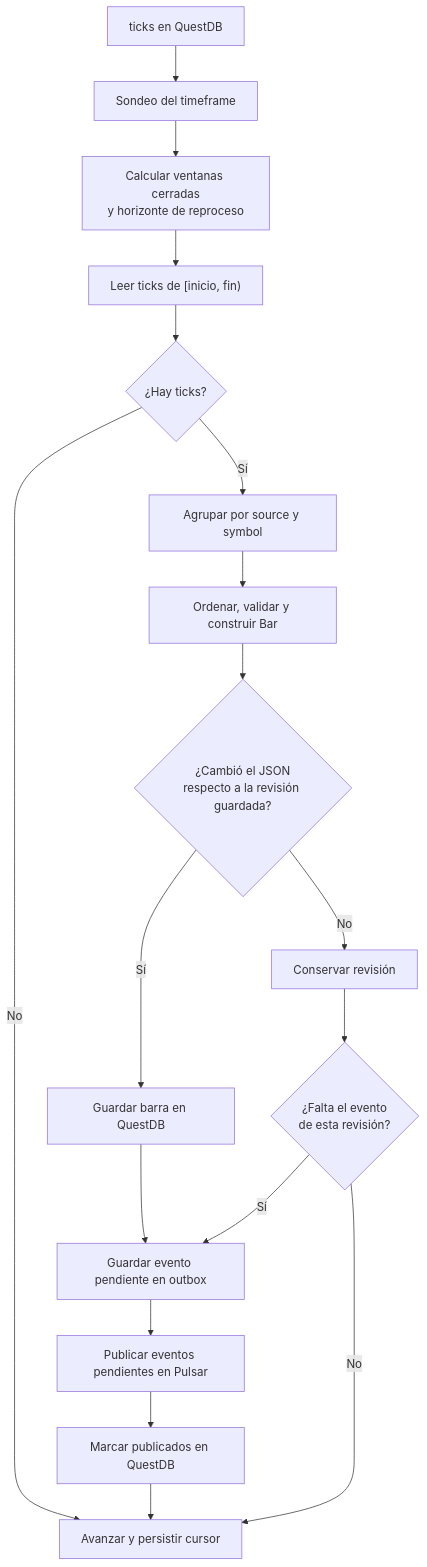
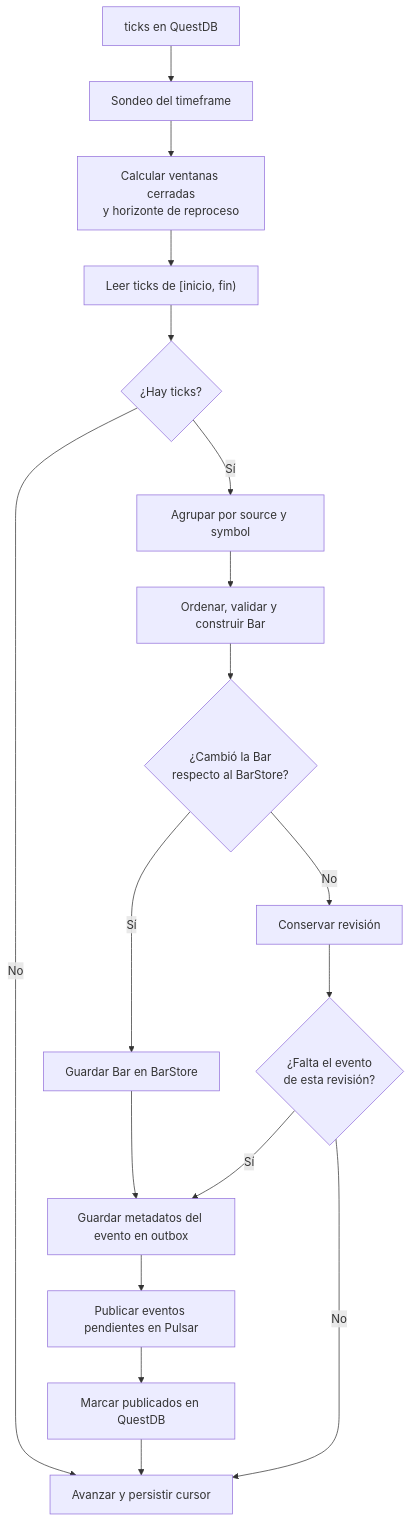
Before and after one commit to ossxall/microstructure: the diagram in bin/aggregator/logic.md, drawn with Mermaid. The commit also changed other lines of this file and 12 other files, not shown here.

````diff
--- a/bin/aggregator/logic.md
+++ b/bin/aggregator/logic.md
@@ -44,20 +43,20 @@
 ```mermaid
 flowchart TD
     A["ticks en QuestDB"] --> B["Sondeo del timeframe"]
     B --> C["Calcular ventanas cerradas<br/>y horizonte de reproceso"]
     C --> D["Leer ticks de [inicio, fin)"]
     D --> E{"¿Hay ticks?"}
     E -- No --> K["Avanzar y persistir cursor"]
     E -- Sí --> F["Agrupar por source y symbol"]
     F --> G["Ordenar, validar y construir Bar"]
-    G --> H{"¿Cambió el JSON<br/>respecto a la revisión guardada?"}
-    H -- Sí --> I["Guardar barra en QuestDB"]
+    G --> H{"¿Cambió la Bar<br/>respecto al BarStore?"}
+    H -- Sí --> I["Guardar Bar en BarStore"]
     H -- No --> J["Conservar revisión"]
-    I --> L["Guardar evento pendiente en outbox"]
+    I --> L["Guardar metadatos del evento en outbox"]
     J --> M{"¿Falta el evento<br/>de esta revisión?"}
     M -- Sí --> L
     M -- No --> K
     L --> N["Publicar eventos pendientes en Pulsar"]
     N --> O["Marcar publicados en QuestDB"]
     O --> K
 ```
````
